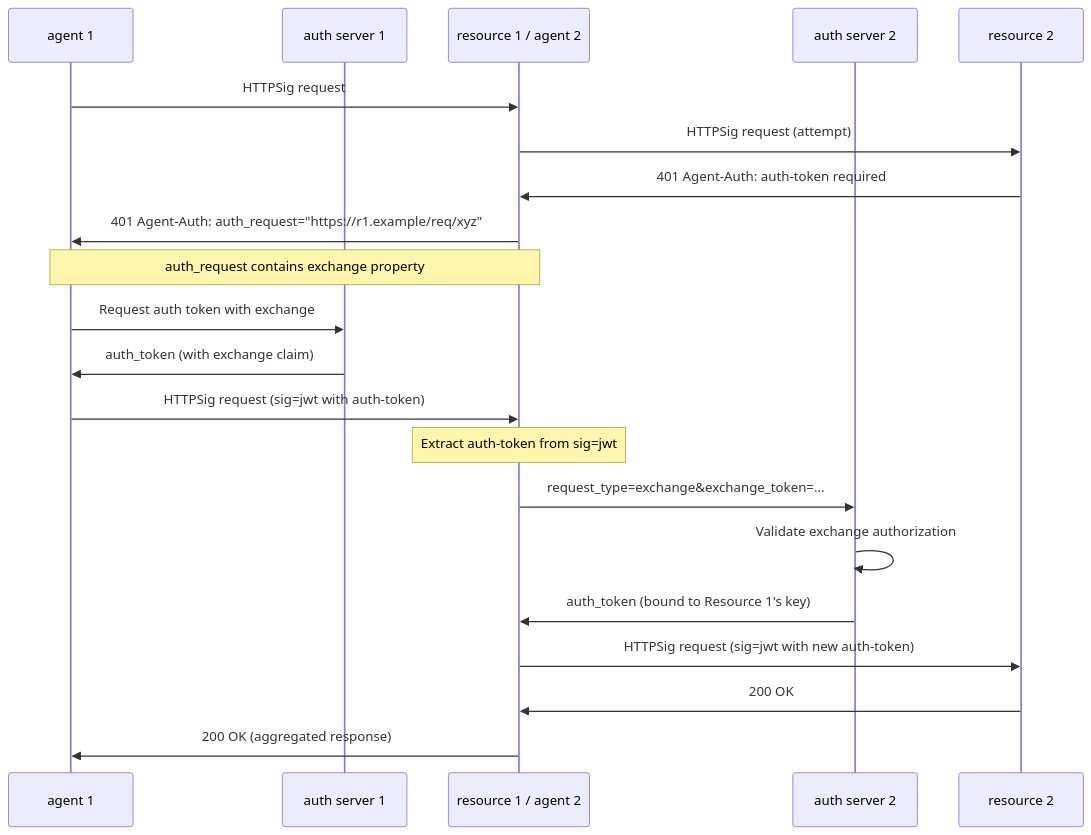
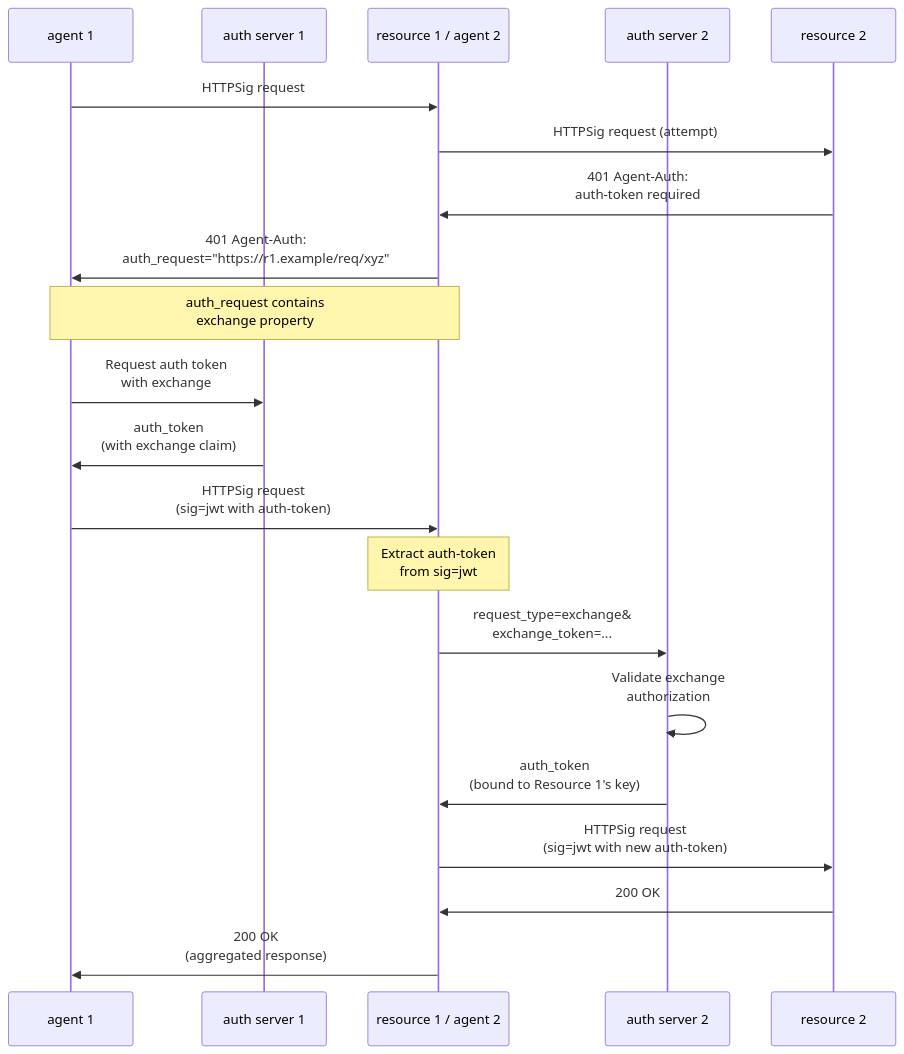
The eighth of 9 diagrams in README.md (dickhardt/agent-auth), drawn with Mermaid before and after one commit. The commit also changed other lines of this file, not shown here.

First line of the commit message:
Add line breaks to all mermaid diagrams for better readability

````diff
--- a/README.md
+++ b/README.md
@@ -330,30 +330,30 @@
 ```mermaid
 sequenceDiagram
     participant Agent1 as agent 1
     participant Auth1 as auth server 1
     participant Resource1 as resource 1 / agent 2
     participant Auth2 as auth server 2
     participant Resource2 as resource 2
 
     Agent1->>Resource1: HTTPSig request
     Resource1->>Resource2: HTTPSig request (attempt)
-    Resource2->>Resource1: 401 Agent-Auth: auth-token required
+    Resource2->>Resource1: 401 Agent-Auth:<br/>auth-token required
 
-    Resource1->>Agent1: 401 Agent-Auth: auth_request="https://r1.example/req/xyz"
-    Note over Resource1,Agent1: auth_request contains exchange property
+    Resource1->>Agent1: 401 Agent-Auth:<br/>auth_request="https://r1.example/req/xyz"
+    Note over Resource1,Agent1: auth_request contains<br/>exchange property
 
-    Agent1->>Auth1: Request auth token with exchange
-    Auth1->>Agent1: auth_token (with exchange claim)
+    Agent1->>Auth1: Request auth token<br/>with exchange
+    Auth1->>Agent1: auth_token<br/>(with exchange claim)
 
-    Agent1->>Resource1: HTTPSig request (sig=jwt with auth-token)
-    Note over Resource1: Extract auth-token from sig=jwt
+    Agent1->>Resource1: HTTPSig request<br/>(sig=jwt with auth-token)
+    Note over Resource1: Extract auth-token<br/>from sig=jwt
 
-    Resource1->>Auth2: request_type=exchange&exchange_token=...
-    Auth2->>Auth2: Validate exchange authorization
-    Auth2->>Resource1: auth_token (bound to Resource 1's key)
+    Resource1->>Auth2: request_type=exchange&<br/>exchange_token=...
+    Auth2->>Auth2: Validate exchange<br/>authorization
+    Auth2->>Resource1: auth_token<br/>(bound to Resource 1's key)
 
-    Resource1->>Resource2: HTTPSig request (sig=jwt with new auth-token)
+    Resource1->>Resource2: HTTPSig request<br/>(sig=jwt with new auth-token)
     Resource2->>Resource1: 200 OK
 
-    Resource1->>Agent1: 200 OK (aggregated response)
+    Resource1->>Agent1: 200 OK<br/>(aggregated response)
 ```
````
